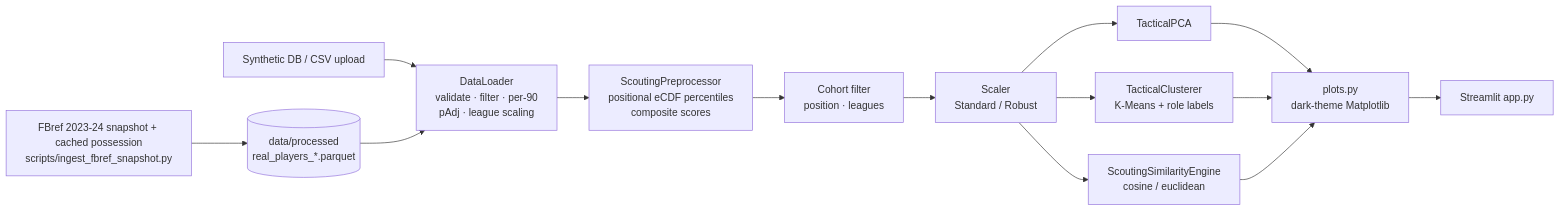
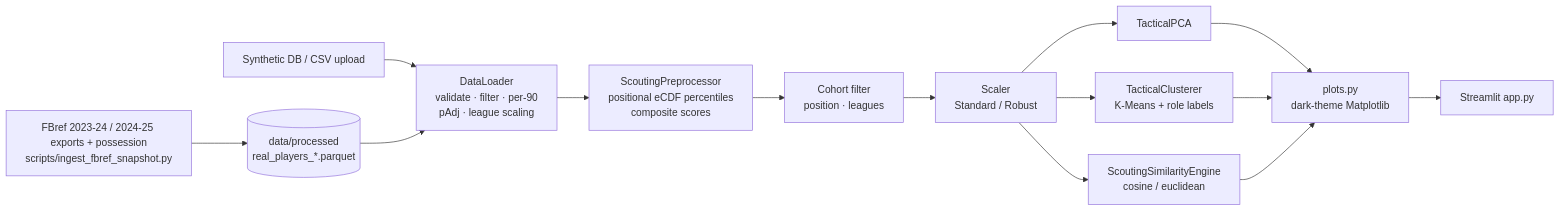
Before and after one commit to RoyCheung1010/playerscout: the diagram in README.md, drawn with Mermaid. The commit also changed other lines of this file and 20 other files, not shown here.

````diff
--- a/README.md
+++ b/README.md
@@ -47,14 +47,14 @@
 ```mermaid
 flowchart LR
-    R[FBref 2023-24 snapshot + cached possession<br/>scripts/ingest_fbref_snapshot.py] --> P[(data/processed<br/>real_players_*.parquet)]
+    R[FBref 2023-24 / 2024-25 exports + possession<br/>scripts/ingest_fbref_snapshot.py] --> P[(data/processed<br/>real_players_*.parquet)]
     A[Synthetic DB / CSV upload] --> B[DataLoader<br/>validate · filter · per-90<br/>pAdj · league scaling]
     P --> B
     B --> C[ScoutingPreprocessor<br/>positional eCDF percentiles<br/>composite scores]
     C --> D[Cohort filter<br/>position · leagues]
     D --> E[Scaler<br/>Standard / Robust]
     E --> F[TacticalPCA]
     E --> G[TacticalClusterer<br/>K-Means + role labels]
     E --> H[ScoutingSimilarityEngine<br/>cosine / euclidean]
     F & G & H --> I[plots.py<br/>dark-theme Matplotlib]
     I --> J[Streamlit app.py]
 ```
````
